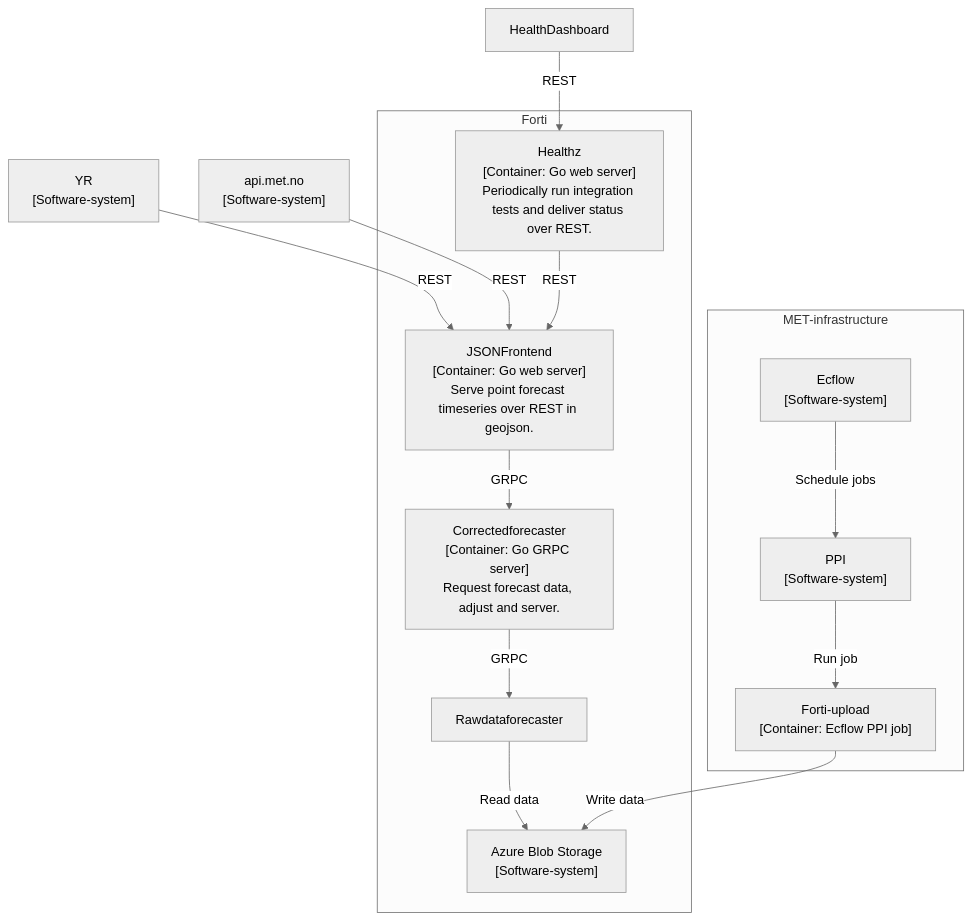
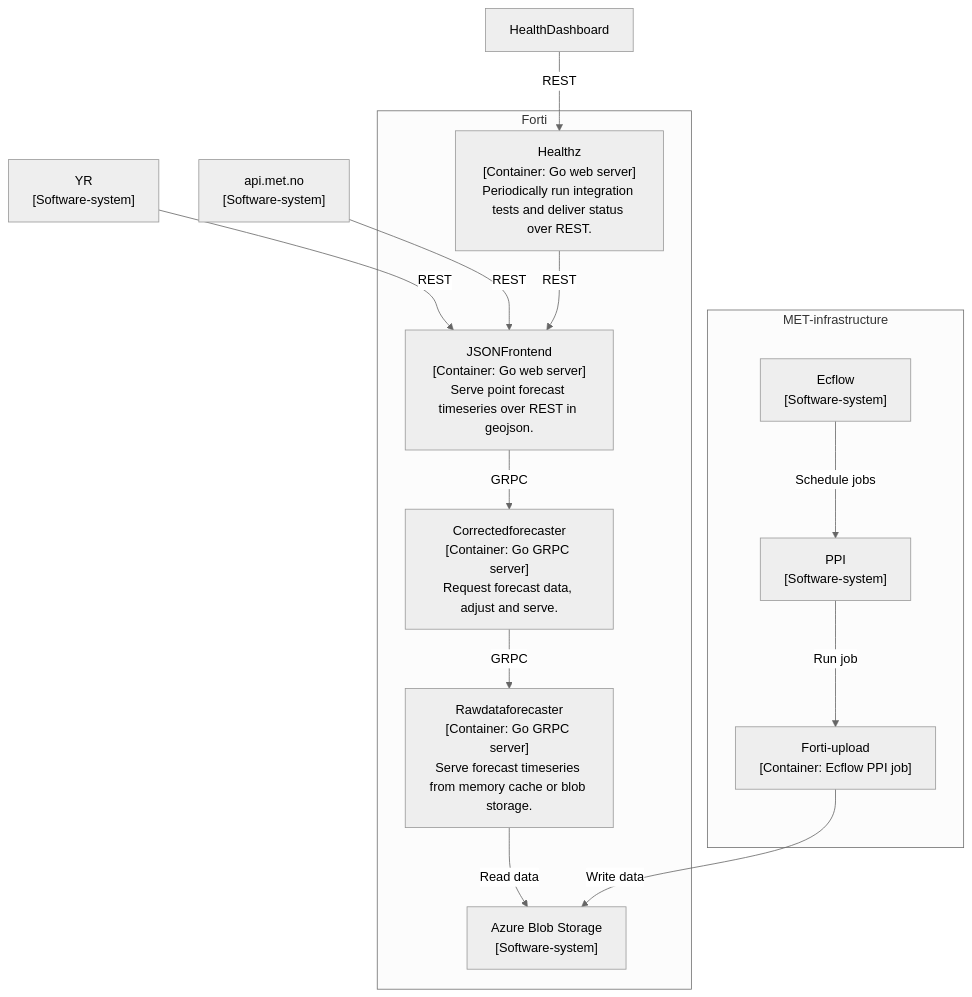
The diagram in README.md (metno/forti), drawn with Mermaid (neutral theme) before and after one commit. The commit also changed other lines of this file, not shown here.

````diff
--- a/README.md
+++ b/README.md
@@ -27,27 +30,28 @@
 ```mermaid
 graph TD;
    YR["YR<br>[Software-system]"];
    api_met_no["api.met.no<br>[Software-system]"];
 
    YR-->|REST|JSONFrontend;
    api_met_no-->|REST|JSONFrontend;
    HealthDashboard-->|REST|Healthz;
    subgraph Forti
       JSONFrontend["JSONFrontend<br>[Container: Go web server]<br>Serve point forecast timeseries over REST in geojson."];
-      Correctedforecaster["Correctedforecaster<br>[Container: Go GRPC server]<br>Request forecast data, adjust and server."];
+      Correctedforecaster["Correctedforecaster<br>[Container: Go GRPC server]<br>Request forecast data, adjust and serve."];
+      Rawdataforecaster["Rawdataforecaster<br>[Container: Go GRPC server]<br>Serve forecast timeseries from memory cache or blob storage."];
       Azureblob["Azure Blob Storage<br>[Software-system]"];
       JSONFrontend-->|GRPC|Correctedforecaster;
       Correctedforecaster-->|GRPC|Rawdataforecaster;
       Rawdataforecaster-->|Read data|Azureblob;
       Healthz["Healthz<br>[Container: Go web server]<br>Periodically run integration tests and deliver status over REST."];
       Healthz-->|REST|JSONFrontend;
    end
    subgraph MET-infrastructure
       Ecflow["Ecflow<br>[Software-system]"];
       PPI["PPI<br>[Software-system]"];
       Fortiupload["Forti-upload<br>[Container: Ecflow PPI job]"];
       Fortiupload-->|Write data|Azureblob;
       Ecflow-->|Schedule jobs|PPI;
       PPI-->|Run job|Fortiupload;
    end
 ```
````
